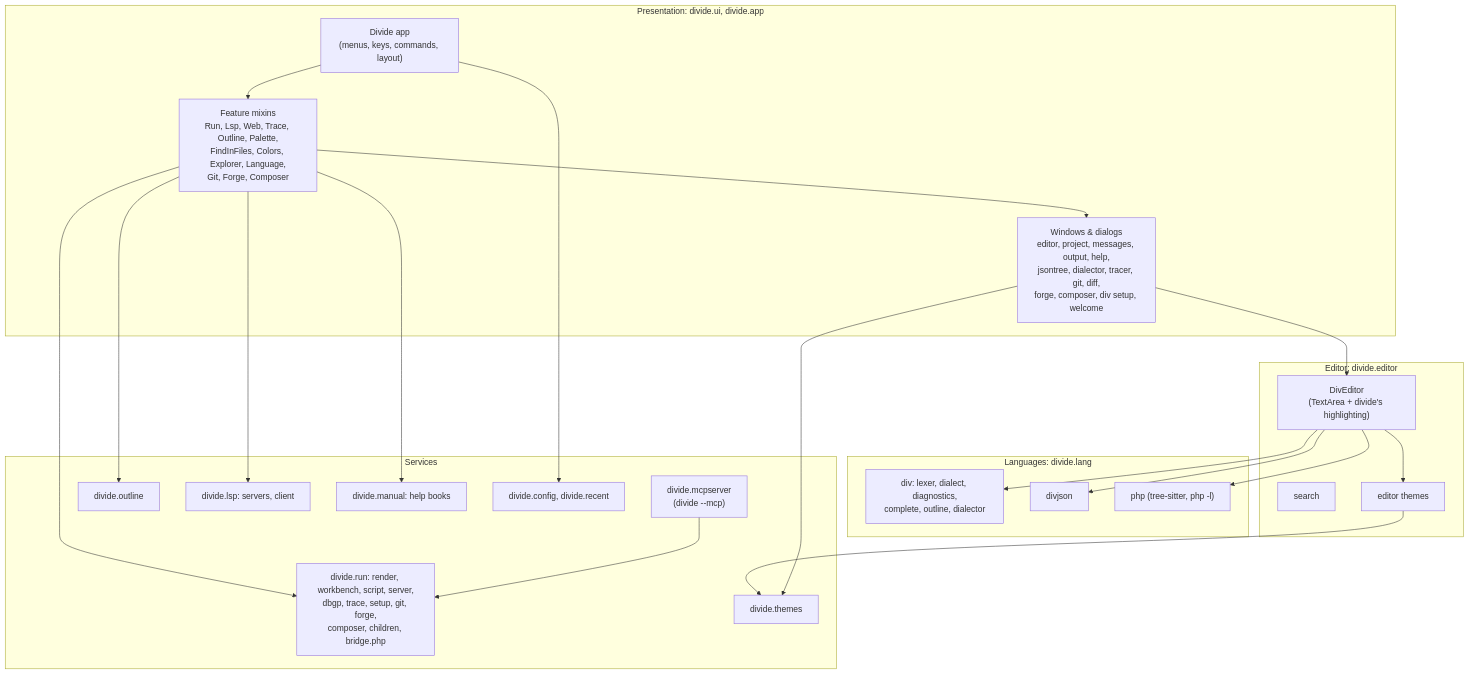
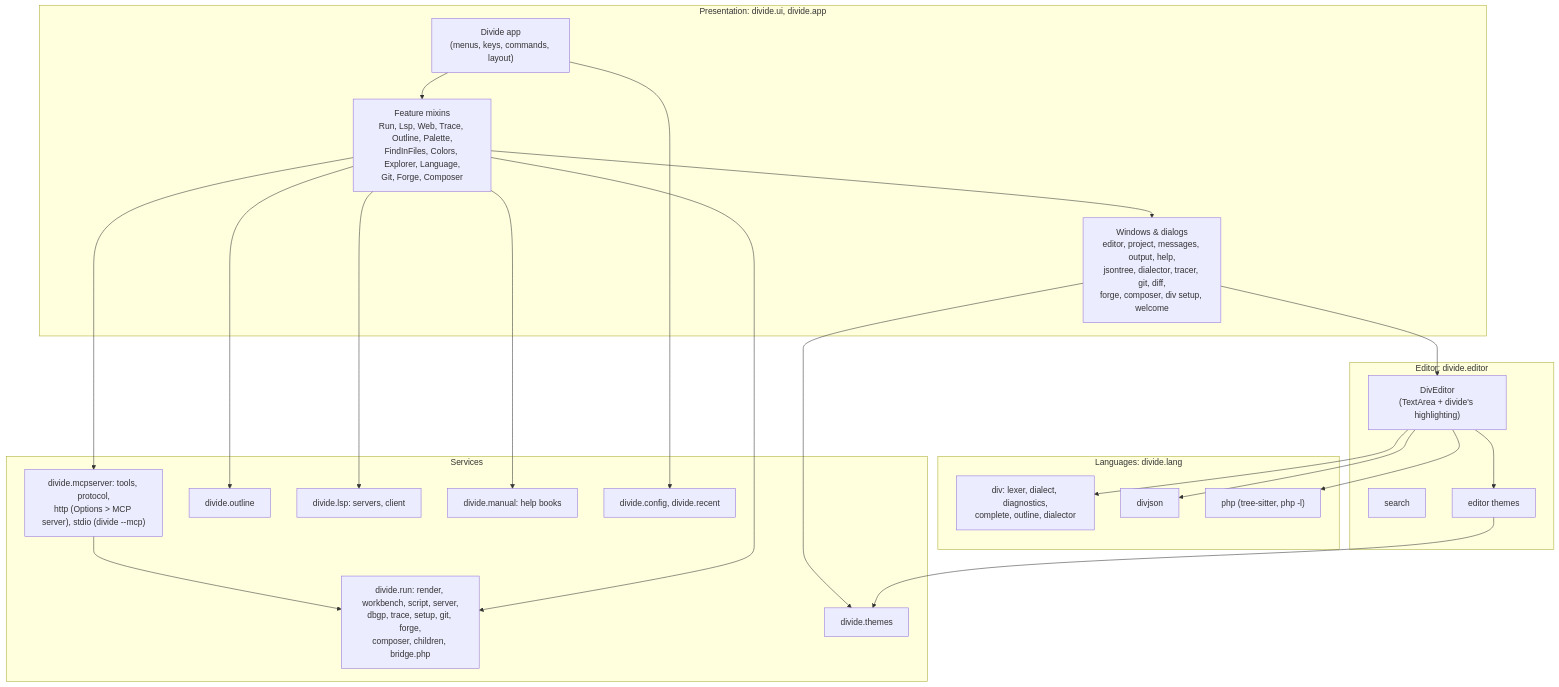
The first of 3 diagrams in docs/software-architecture.md (divengine/divide), drawn with Mermaid before and after one commit. The commit also changed other lines of this file and 19 other files, not shown here.

````diff
--- a/docs/software-architecture.md
+++ b/docs/software-architecture.md
@@ -56,35 +56,36 @@
 ```mermaid
 flowchart TB
     subgraph Presentation["Presentation: divide.ui, divide.app"]
         App["Divide app<br/>(menus, keys, commands, layout)"]
         Mixins["Feature mixins<br/>Run, Lsp, Web, Trace, Outline, Palette,<br/>FindInFiles, Colors, Explorer, Language,<br/>Git, Forge, Composer"]
         Windows["Windows & dialogs<br/>editor, project, messages, output, help,<br/>jsontree, dialector, tracer, git, diff,<br/>forge, composer, div setup, welcome"]
     end
     subgraph Editor["Editor: divide.editor"]
         DivEditor["DivEditor<br/>(TextArea + divide's highlighting)"]
         Search["search"]
         ETheme["editor themes"]
     end
     subgraph Languages["Languages: divide.lang"]
         Div["div: lexer, dialect, diagnostics,<br/>complete, outline, dialector"]
         DivJson["divjson"]
         Php["php (tree-sitter, php -l)"]
     end
     subgraph Services["Services"]
         Run["divide.run: render, workbench, script, server,<br/>dbgp, trace, setup, git, forge,<br/>composer, children, bridge.php"]
-        Mcp["divide.mcpserver<br/>(divide --mcp)"]
+        Mcp["divide.mcpserver: tools, protocol,<br/>http (Options > MCP server), stdio (divide --mcp)"]
         Outline["divide.outline"]
         Lsp["divide.lsp: servers, client"]
         Manual["divide.manual: help books"]
         Themes["divide.themes"]
         Config["divide.config, divide.recent"]
     end
     App --> Mixins --> Windows
     Windows --> DivEditor
     Mixins --> Run & Lsp & Manual & Outline
     DivEditor --> Div & DivJson & Php & ETheme
     ETheme --> Themes
     Windows --> Themes
     App --> Config
     Mcp --> Run
+    Mixins --> Mcp
 ```
````
